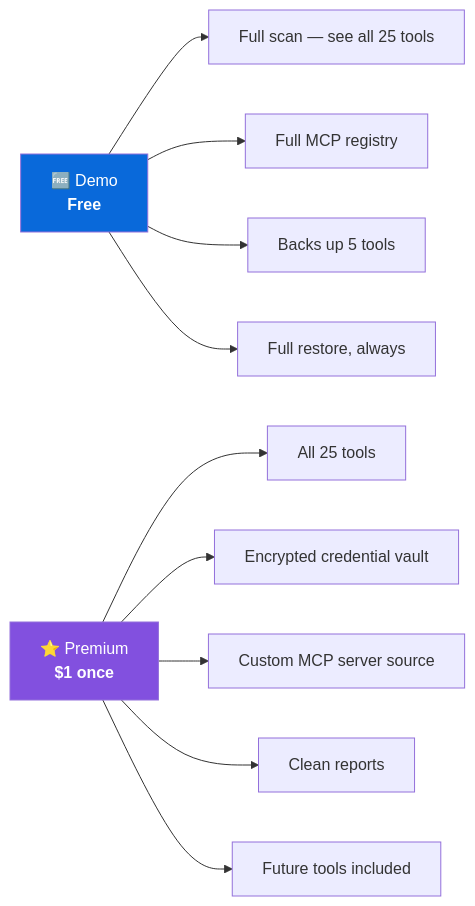
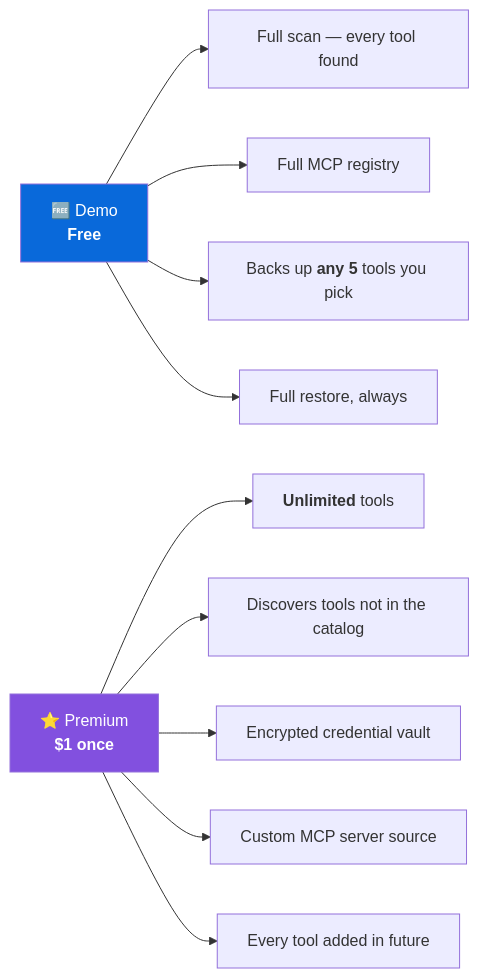
One commit to srksourabh/windows-ai-backup changed the first of 2 diagrams in PRICING.md. Above: the diagram before and after it, drawn with Mermaid. The commit also changed other lines of this file and 28 other files, not shown here.

First line of the commit message:
feat!: data-driven catalog, heuristic discovery, unlimited Premium

````diff
--- a/PRICING.md
+++ b/PRICING.md
@@ -6,16 +6,16 @@
 ```mermaid
 flowchart LR
-    D["🆓 Demo<br/><b>Free</b>"] --> D1["Full scan — see all 25 tools"]
+    D["🆓 Demo<br/><b>Free</b>"] --> D1["Full scan — every tool found"]
     D --> D2["Full MCP registry"]
-    D --> D3["Backs up 5 tools"]
+    D --> D3["Backs up <b>any 5</b> tools you pick"]
     D --> D4["Full restore, always"]
 
-    P["⭐ Premium<br/><b>$1 once</b>"] --> P1["All 25 tools"]
-    P --> P2["Encrypted credential vault"]
-    P --> P3["Custom MCP server source"]
-    P --> P4["Clean reports"]
-    P --> P5["Future tools included"]
+    P["⭐ Premium<br/><b>$1 once</b>"] --> P1["<b>Unlimited</b> tools"]
+    P --> P2["Discovers tools not in the catalog"]
+    P --> P3["Encrypted credential vault"]
+    P --> P4["Custom MCP server source"]
+    P --> P5["Every tool added in future"]
 
     style D fill:#0969da,color:#fff
     style P fill:#8250df,color:#fff
 ```
````
